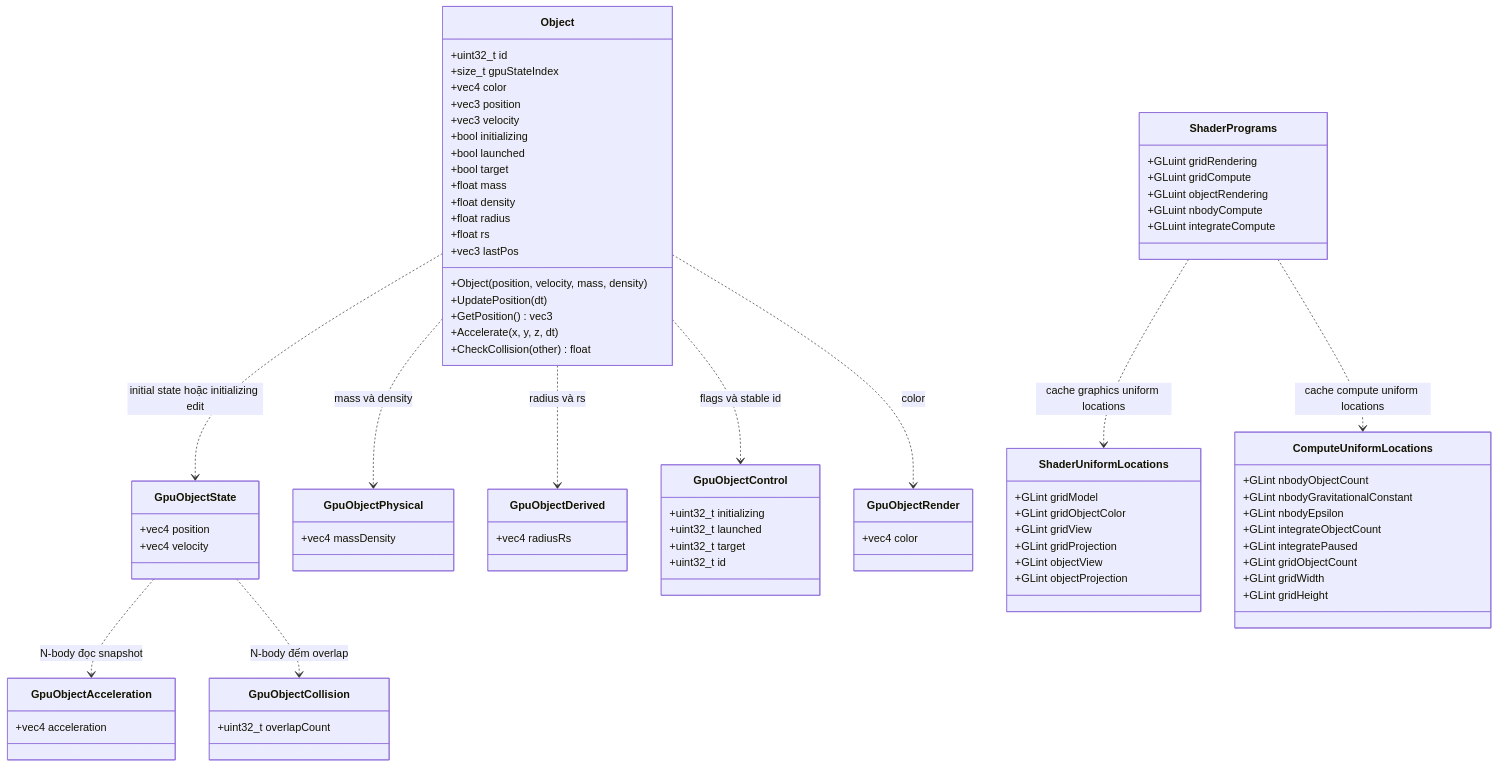
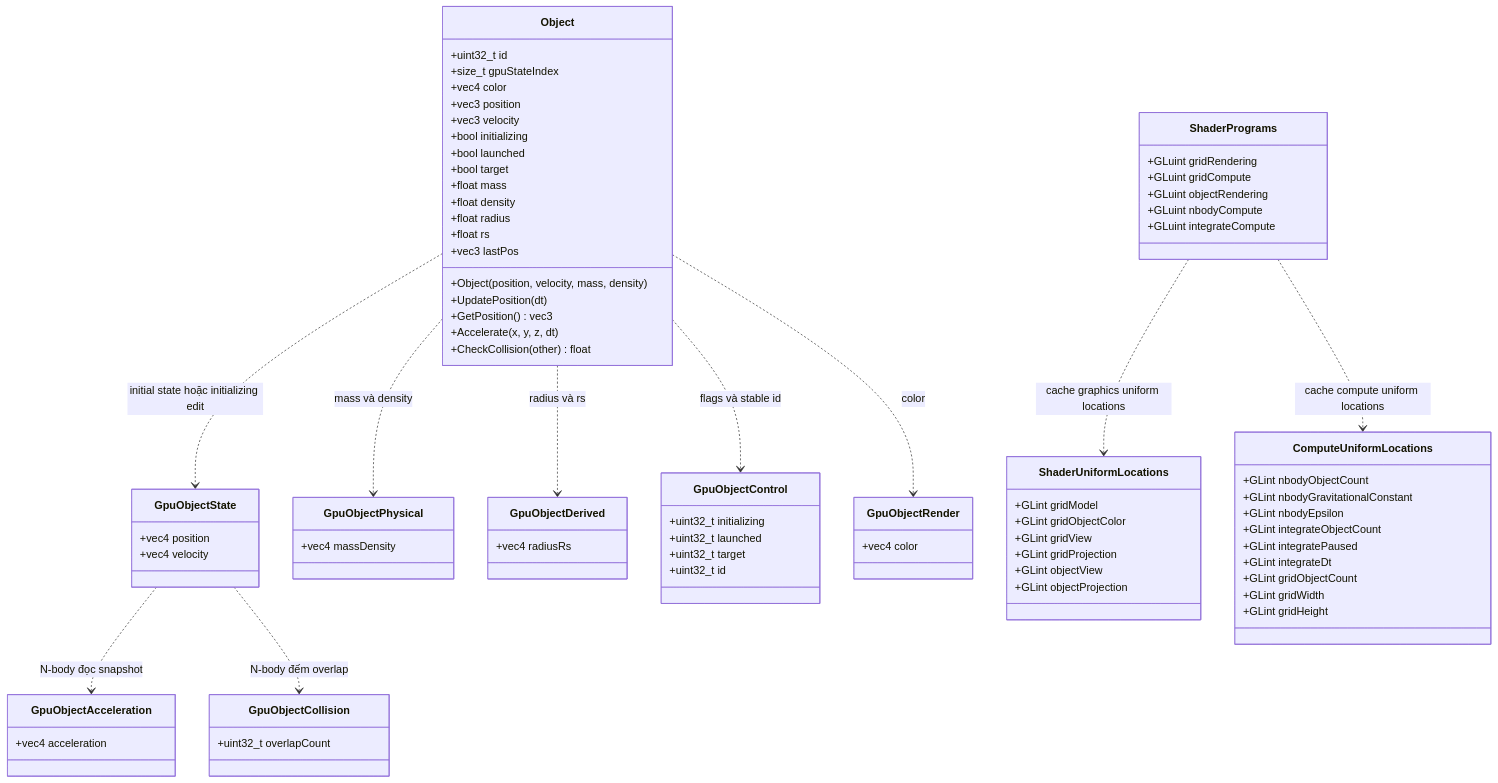
The ninth of 10 diagrams in docs/gravity_sim_system_mermaid.md (quocthaile/gravity_sim), drawn with Mermaid before and after one commit. The commit also changed other lines of this file and 17 other files, not shown here.

```diff
--- a/docs/gravity_sim_system_mermaid.md
+++ b/docs/gravity_sim_system_mermaid.md
@@ -551,6 +555,7 @@
         +GLint nbodyEpsilon
         +GLint integrateObjectCount
         +GLint integratePaused
+        +GLint integrateDt
         +GLint gridObjectCount
         +GLint gridWidth
         +GLint gridHeight
```
